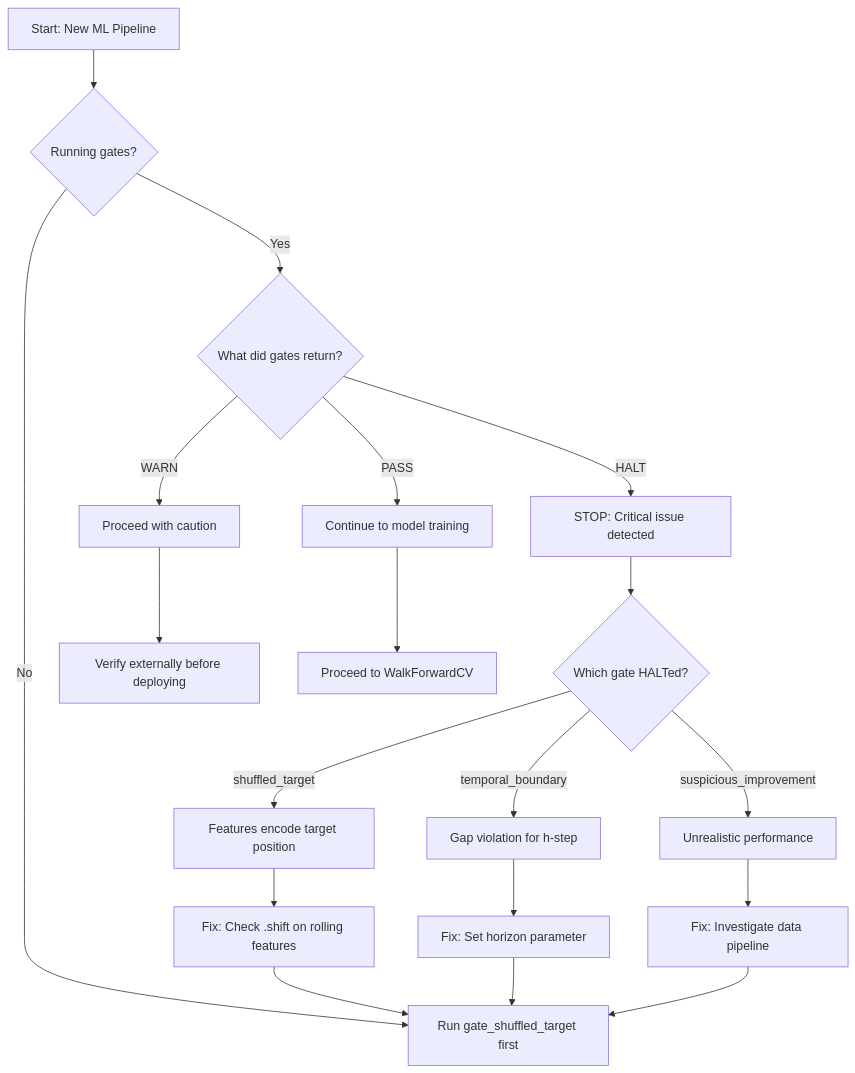
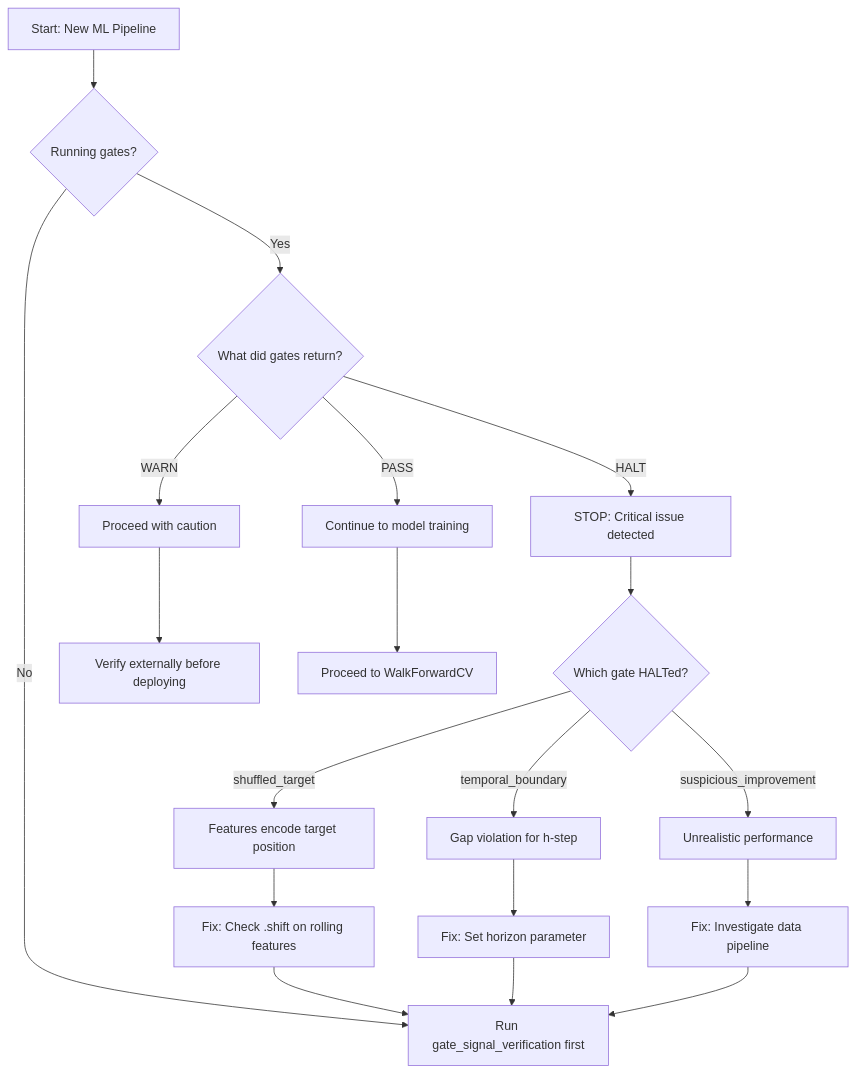
One commit to brandonmbehring-dev/temporalcv changed the diagram in docs/tutorials/guardrails.md. Above: the diagram before and after it, drawn with Mermaid. The commit also changed other lines of this file and 85 other files, not shown here.

````diff
--- a/docs/tutorials/guardrails.md
+++ b/docs/tutorials/guardrails.md
@@ -17,26 +17,26 @@
 ```mermaid
 graph TD
     A[Start: New ML Pipeline] --> B{Running gates?}
-    B -->|No| C[Run gate_shuffled_target first]
+    B -->|No| C[Run gate_signal_verification first]
     B -->|Yes| D{What did gates return?}
 
     D -->|HALT| E[STOP: Critical issue detected]
     D -->|WARN| F[Proceed with caution]
     D -->|PASS| G[Continue to model training]
 
     E --> H{Which gate HALTed?}
     H -->|shuffled_target| I[Features encode target position]
     H -->|temporal_boundary| J[Gap violation for h-step]
     H -->|suspicious_improvement| K[Unrealistic performance]
 
     I --> L[Fix: Check .shift on rolling features]
     J --> M[Fix: Set horizon parameter]
     K --> N[Fix: Investigate data pipeline]
 
     L --> C
     M --> C
     N --> C
 
     F --> O[Verify externally before deploying]
     G --> P[Proceed to WalkForwardCV]
 ```
````
